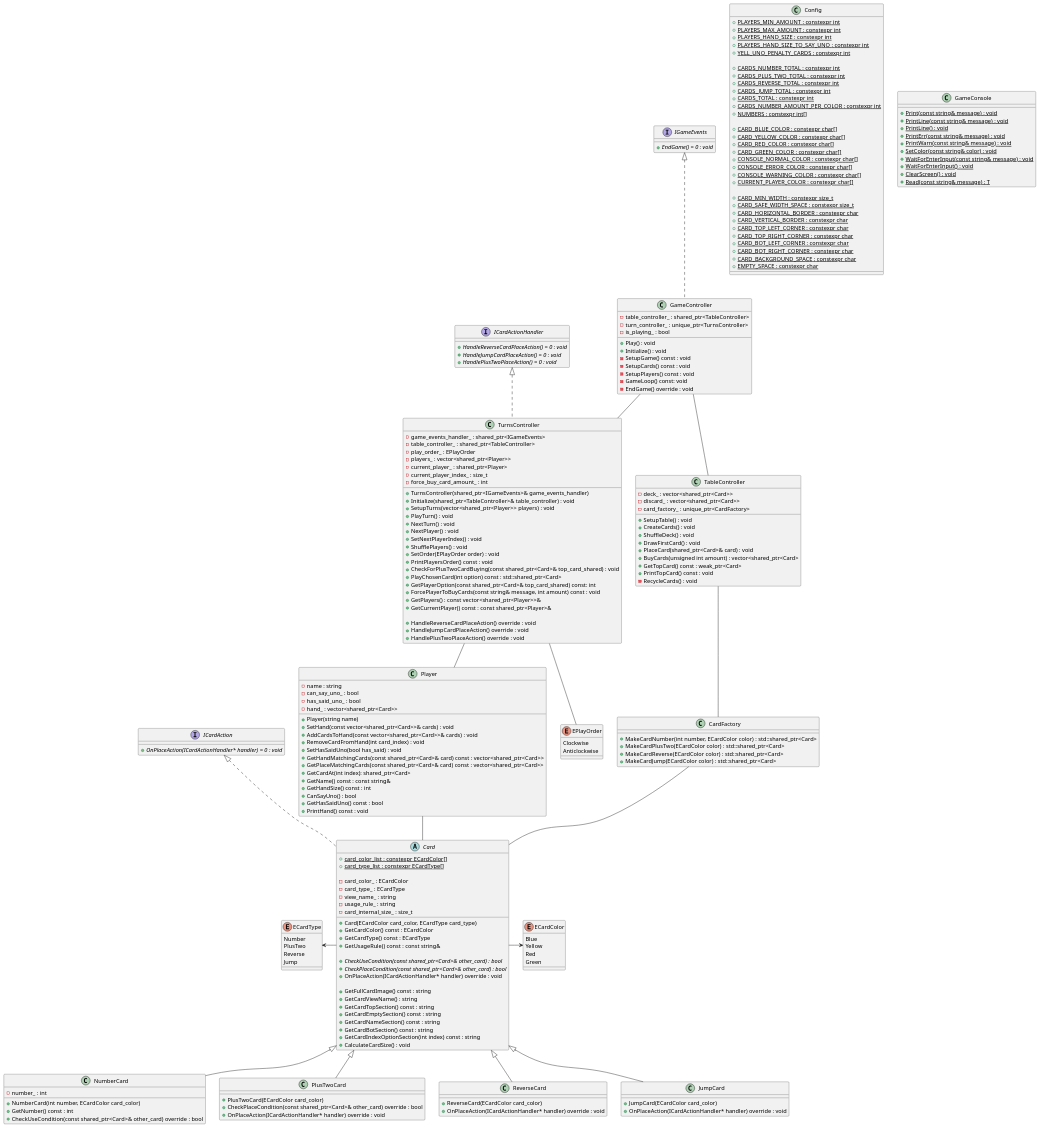
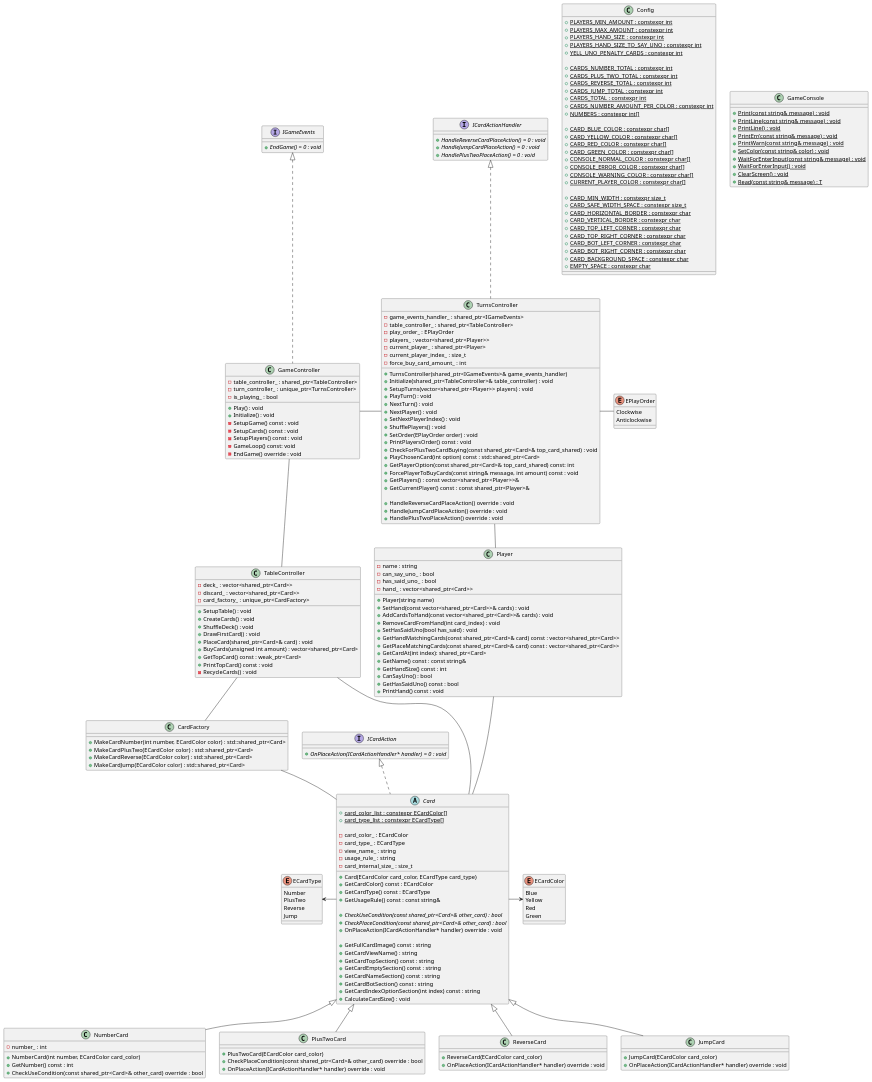
The diagram in Documentation/Architecture.puml (duducorvao/UnoLikeCPP), drawn with PlantUML before and after one commit.

Commit message:
Final Architecture UML update

```diff
--- a/Documentation/Architecture.puml
+++ b/Documentation/Architecture.puml
@@ -227,12 +227,13 @@
 }
 
 GameController -- TableController
-GameController -- TurnsController
+GameController - TurnsController
 
 TableController -- CardFactory
+TableController - Card
 
-TurnsController -- EPlayOrder
-TurnsController -- Player
+TurnsController - EPlayOrder
+TurnsController - Player
 
 Card -> ECardColor
 ECardType <- Card
```
